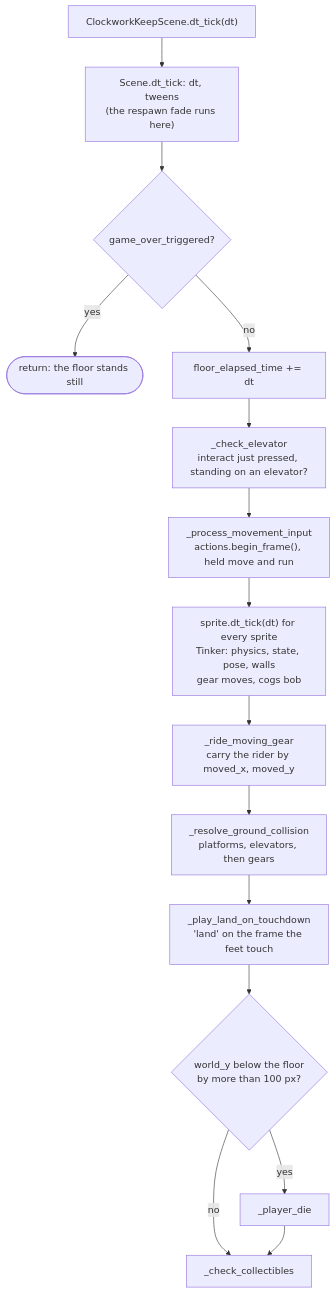
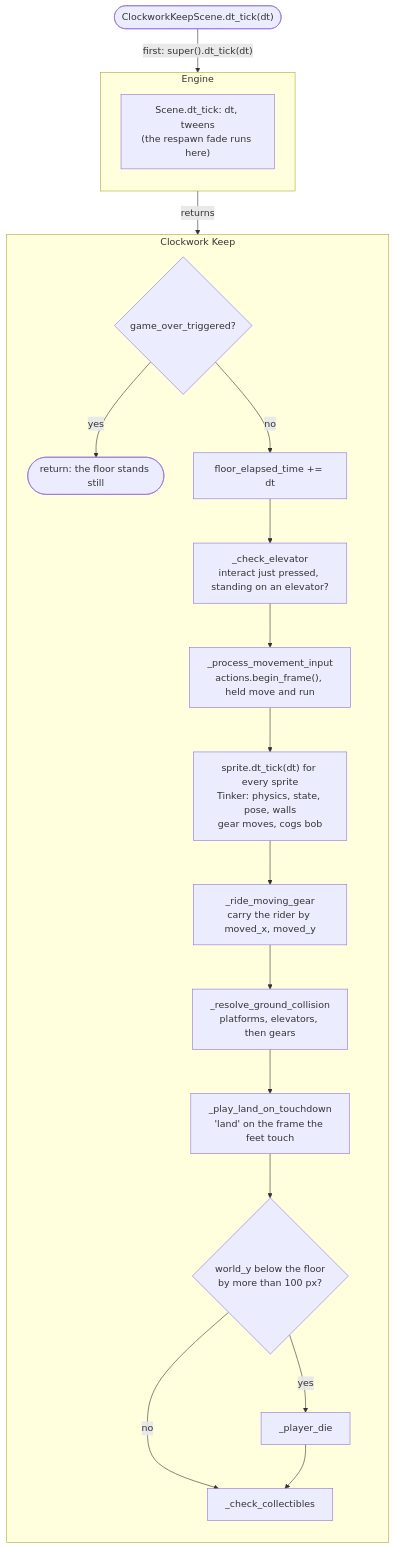
The fourth of 6 diagrams in docs/games/clockwork_keep.md (terrysimons/glitchygames), drawn with Mermaid before and after one commit. The commit also changed other lines of this file and 5 other files, not shown here.

First line of the commit message:
Docs: every diagram that mixes engine and game code shows the split

````diff
--- a/docs/games/clockwork_keep.md
+++ b/docs/games/clockwork_keep.md
@@ -380,17 +414,37 @@
 ```mermaid
 flowchart TB
-    tick["ClockworkKeepScene.dt_tick(dt)"] --> base["Scene.dt_tick: dt, tweens<br/>(the respawn fade runs here)"]
-    base --> over{"game_over_triggered?"}
-    over -->|yes| done(["return: the floor stands still"])
-    over -->|no| elapsed["floor_elapsed_time += dt"]
-    elapsed --> elevator["_check_elevator<br/>interact just pressed, standing on an elevator?"]
-    elevator --> movement["_process_movement_input<br/>actions.begin_frame(), held move and run"]
-    movement --> sprites["sprite.dt_tick(dt) for every sprite<br/>Tinker: physics, state, pose, walls<br/>gear moves, cogs bob"]
-    sprites --> ride["_ride_moving_gear<br/>carry the rider by moved_x, moved_y"]
-    ride --> ground["_resolve_ground_collision<br/>platforms, elevators, then gears"]
-    ground --> land["_play_land_on_touchdown<br/>'land' on the frame the feet touch"]
-    land --> pit{"world_y below the floor<br/>by more than 100 px?"}
-    pit -->|yes| die["_player_die"]
-    pit -->|no| cogs["_check_collectibles"]
+    tick(["ClockworkKeepScene.dt_tick(dt)"])
+    subgraph GAME_TICK["Clockwork Keep"]
+        direction TB
+        over{"game_over_triggered?"}
+        done(["return: the floor stands still"])
+        elapsed["floor_elapsed_time += dt"]
+        elevator["_check_elevator<br/>interact just pressed, standing on an elevator?"]
+        movement["_process_movement_input<br/>actions.begin_frame(), held move and run"]
+        sprites["sprite.dt_tick(dt) for every sprite<br/>Tinker: physics, state, pose, walls<br/>gear moves, cogs bob"]
+        ride["_ride_moving_gear<br/>carry the rider by moved_x, moved_y"]
+        ground["_resolve_ground_collision<br/>platforms, elevators, then gears"]
+        land["_play_land_on_touchdown<br/>'land' on the frame the feet touch"]
+        pit{"world_y below the floor<br/>by more than 100 px?"}
+        die["_player_die"]
+        cogs["_check_collectibles"]
+    end
+    subgraph ENGINE_TICK["Engine"]
+        direction TB
+        base["Scene.dt_tick: dt, tweens<br/>(the respawn fade runs here)"]
+    end
+    tick -->|"first: super().dt_tick(dt)"| base
+    base -->|"returns"| over
+    over -->|yes| done
+    over -->|no| elapsed
+    elapsed --> elevator
+    elevator --> movement
+    movement --> sprites
+    sprites --> ride
+    ride --> ground
+    ground --> land
+    land --> pit
+    pit -->|yes| die
+    pit -->|no| cogs
     die --> cogs
 ```
````
